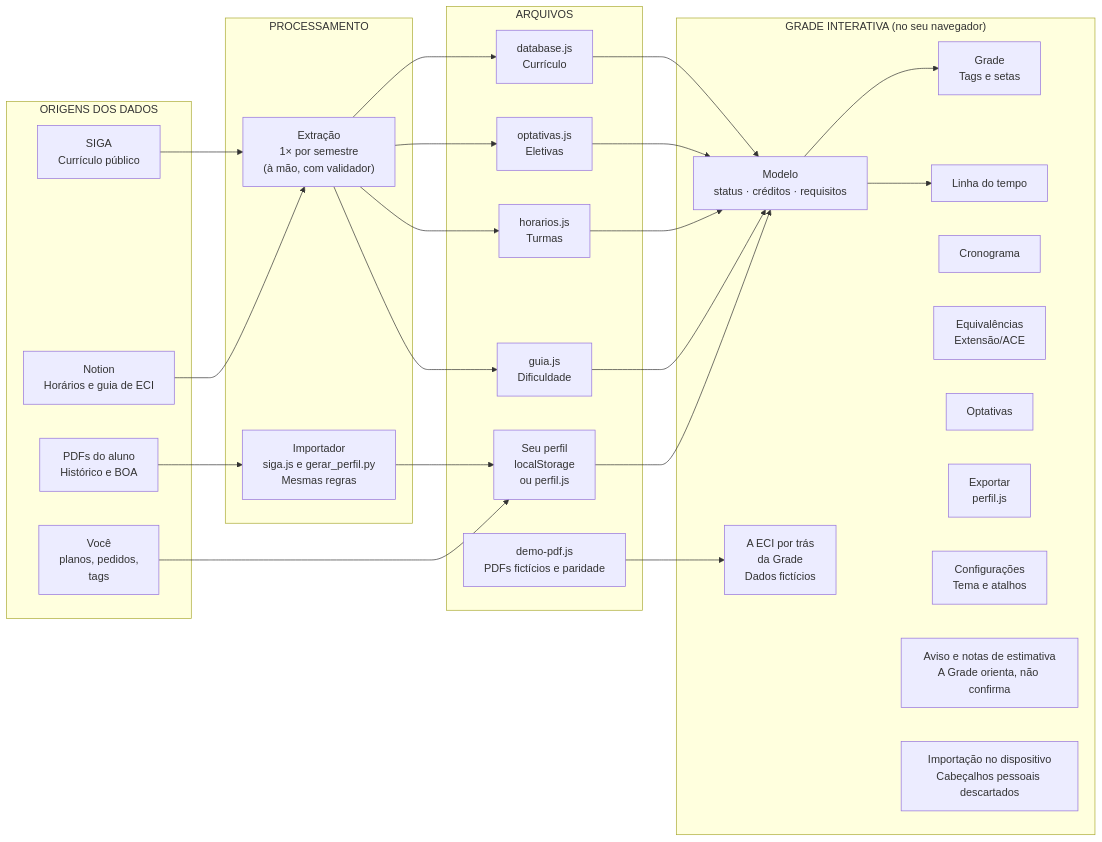
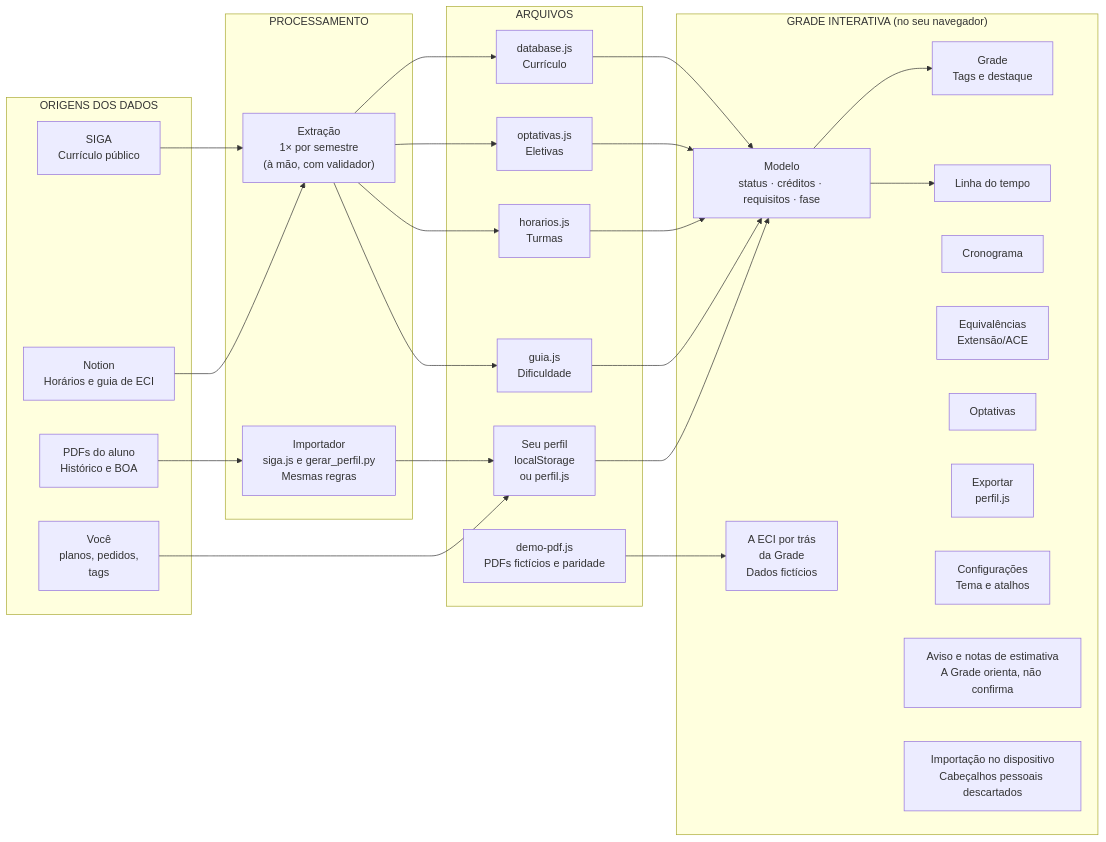
One commit to JoaoAndrade01/grade changed the fifth of 7 diagrams in docs/ARQUITETURA.md. Above: the diagram before and after it, drawn with Mermaid. The commit also changed other lines of this file and 4 other files, not shown here.

````diff
--- a/docs/ARQUITETURA.md
+++ b/docs/ARQUITETURA.md
@@ -158,51 +167,51 @@
 ```mermaid
 flowchart LR
   subgraph G0["ORIGENS DOS DADOS"]
     siga["SIGA<br/>Currículo público"]
     notion["Notion<br/>Horários e guia de ECI"]
     pdf["PDFs do aluno<br/>Histórico e BOA"]
     aluno["Você<br/>planos, pedidos,<br/>tags"]
   end
   subgraph G1["PROCESSAMENTO"]
     extr["Extração<br/>1× por semestre<br/>(à mão, com validador)"]
     imp["Importador<br/>siga.js e gerar_perfil.py<br/>Mesmas regras"]
   end
   subgraph G2["ARQUIVOS"]
     db["database.js<br/>Currículo"]
     opt["optativas.js<br/>Eletivas"]
     hor["horarios.js<br/>Turmas"]
     guia["guia.js<br/>Dificuldade"]
     perfil["Seu perfil<br/>localStorage<br/>ou perfil.js"]
     demo["demo-pdf.js<br/>PDFs fictícios e paridade"]
   end
   subgraph G3["GRADE INTERATIVA (no seu navegador)"]
-    modelo["Modelo<br/>status · créditos · requisitos"]
-    g1["Grade<br/>Tags e setas"]
+    modelo["Modelo<br/>status · créditos · requisitos · fase"]
+    g1["Grade<br/>Tags e destaque"]
     g2["Linha do tempo"]
     g3["Cronograma"]
     g4["Equivalências<br/>Extensão/ACE"]
     g5["Optativas"]
     exp["Exportar<br/>perfil.js"]
     eci["A ECI por trás<br/>da Grade<br/>Dados fictícios"]
     cfg["Configurações<br/>Tema e atalhos"]
     faixa["Aviso e notas de estimativa<br/>A Grade orienta, não confirma"]
     csp["Importação no dispositivo<br/>Cabeçalhos pessoais descartados"]
   end
   siga --> extr
   notion --> extr
   pdf --> imp
   aluno --> perfil
   extr --> db
   extr --> opt
   extr --> hor
   extr --> guia
   imp --> perfil
   db --> modelo
   opt --> modelo
   hor --> modelo
   guia --> modelo
   perfil --> modelo
   modelo --> g1
   modelo --> g2
   demo --> eci
 ```
````
